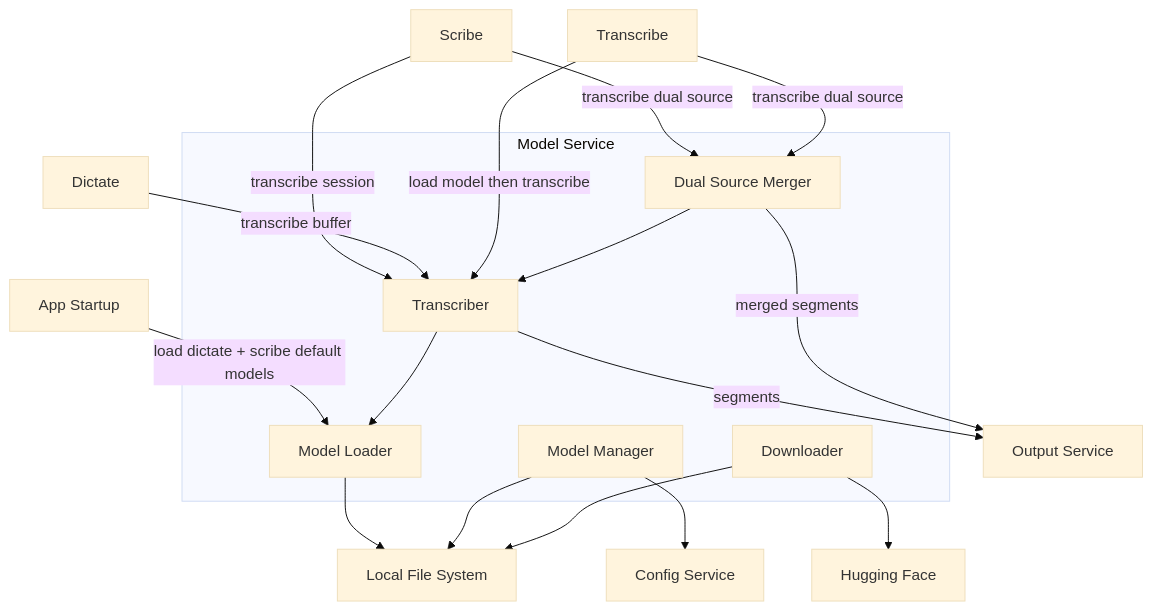
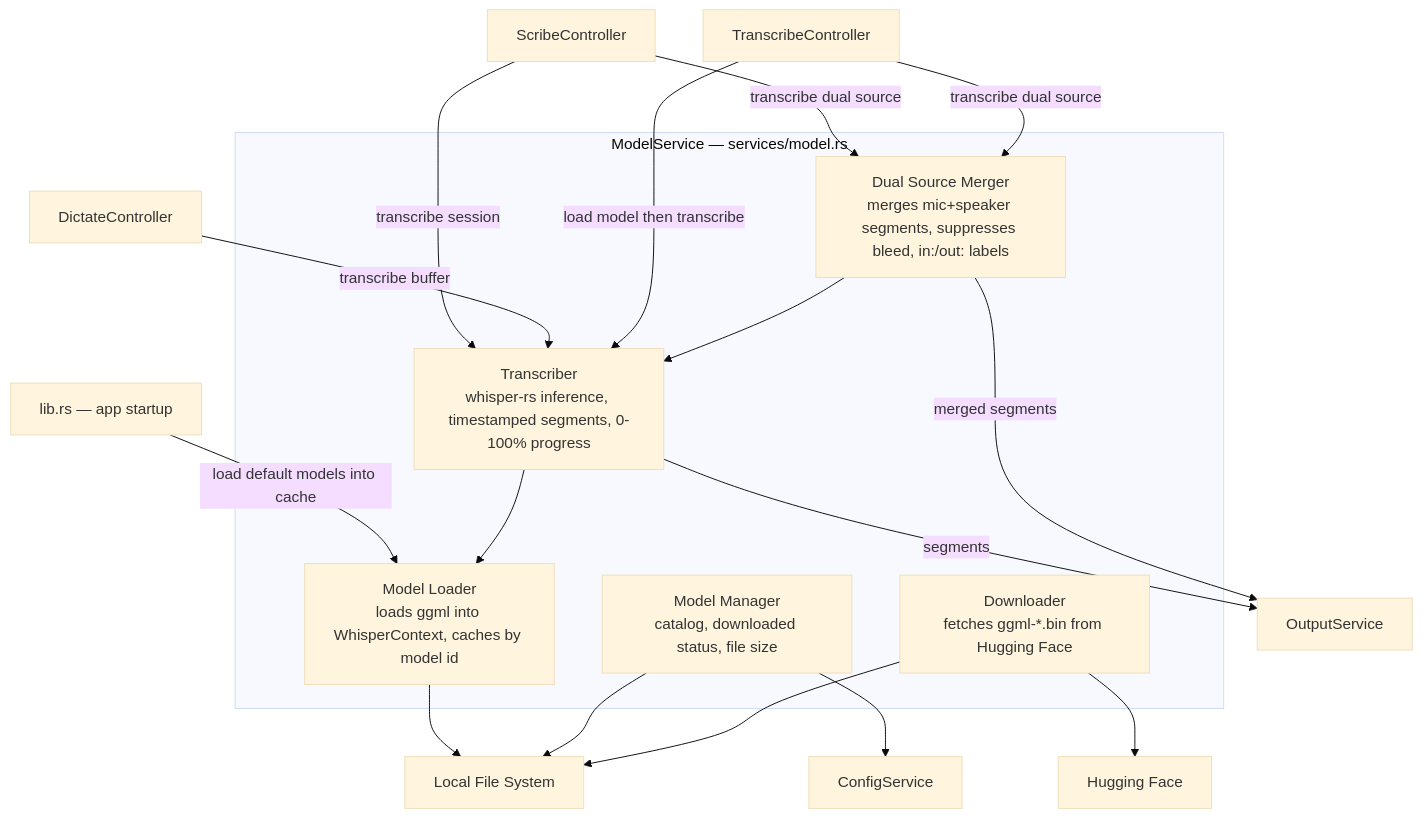
Before and after one commit to Lenniott/scribeFloat: the fourth of 10 diagrams in context/architecture.md, drawn with Mermaid (base theme). The commit also changed other lines of this file and 3 other files, not shown here.

First line of the commit message:
Add README, PRIVACY policy, LICENSE and update C4 architecture diagrams

````diff
--- a/context/architecture.md
+++ b/context/architecture.md
@@ -146,35 +207,35 @@
 ```mermaid
 graph TB
-    subgraph model["Model Service"]
-        manager["Model Manager"]
-        downloader["Downloader"]
-        loader["Model Loader"]
-        transcriber["Transcriber"]
-        merger["Dual Source Merger"]
+    subgraph model["ModelService — services/model.rs"]
+        manager["Model Manager\ncatalog, downloaded status, file size"]
+        downloader["Downloader\nfetches ggml-*.bin from Hugging Face"]
+        loader["Model Loader\nloads ggml into WhisperContext, caches by model id"]
+        transcriber["Transcriber\nwhisper-rs inference, timestamped segments, 0-100% progress"]
+        merger["Dual Source Merger\nmerges mic+speaker segments, suppresses bleed, in:/out: labels"]
     end
 
-    config["Config Service"]
+    config["ConfigService"]
     fs["Local File System"]
     hf["Hugging Face"]
-    scribe["Scribe"]
-    dictate["Dictate"]
-    transcribe["Transcribe"]
-    output["Output Service"]
-    startup["App Startup"]
+    ctrl_scribe["ScribeController"]
+    ctrl_dictate["DictateController"]
+    ctrl_transcribe["TranscribeController"]
+    svc_output["OutputService"]
+    startup["lib.rs — app startup"]
 
-    startup -->|"load dictate + scribe default models"| loader
-    scribe -->|"transcribe session"| transcriber
-    scribe -->|"transcribe dual source"| merger
-    dictate -->|"transcribe buffer"| transcriber
-    transcribe -->|"load model then transcribe"| transcriber
-    transcribe -->|"transcribe dual source"| merger
+    startup -->|"load default models into cache"| loader
+    ctrl_scribe -->|"transcribe session"| transcriber
+    ctrl_scribe -->|"transcribe dual source"| merger
+    ctrl_dictate -->|"transcribe buffer"| transcriber
+    ctrl_transcribe -->|"load model then transcribe"| transcriber
+    ctrl_transcribe -->|"transcribe dual source"| merger
     merger --> transcriber
     transcriber --> loader
     loader --> fs
     manager --> fs
     manager --> config
     downloader --> hf
     downloader --> fs
-    transcriber -->|"segments"| output
-    merger -->|"merged segments"| output
+    transcriber -->|"segments"| svc_output
+    merger -->|"merged segments"| svc_output
 ```
````
